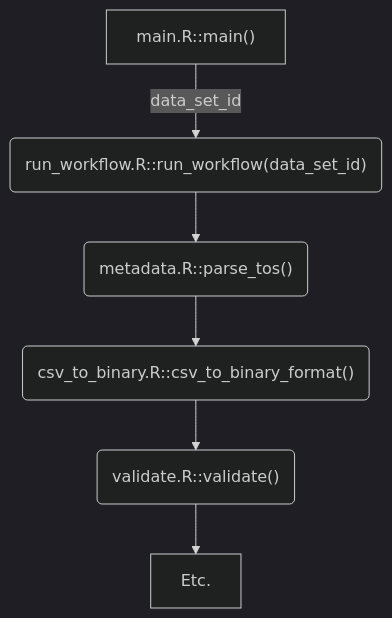
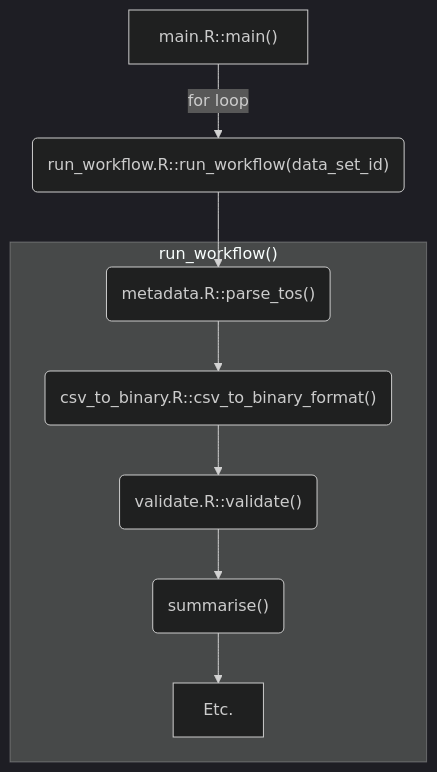
One commit to rcgsheffield/cured changed the diagram in R/README.md. Above: the diagram before and after it, drawn with Mermaid (dark theme).

````diff
--- a/R/README.md
+++ b/R/README.md
@@ -5,8 +5,11 @@
 ```mermaid
 flowchart TD
-  main["main.R::main()"] -->|"data_set_id"| run_workflow("run_workflow.R::run_workflow(data_set_id)")
+  main["main.R::main()"] -->|"for loop"| run_workflow("run_workflow.R::run_workflow(data_set_id)")
   run_workflow --> parse_tos("metadata.R::parse_tos()")
-  parse_tos --> csv_to_binary_format("csv_to_binary.R::csv_to_binary_format()")
-  csv_to_binary_format --> validate("validate.R::validate()")
-  validate --> etc["Etc."]
+    subgraph workflow ["run_workflow()"]
+      parse_tos --> csv_to_binary_format("csv_to_binary.R::csv_to_binary_format()")
+      csv_to_binary_format --> validate("validate.R::validate()")
+      validate --> summarise("summarise()")
+      summarise --> etc["Etc."]
+    end
 ```
````
